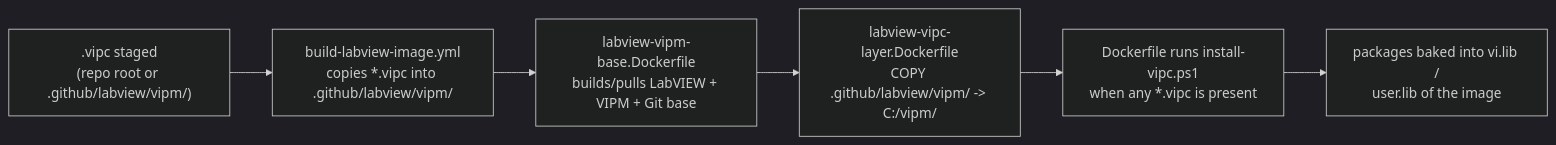
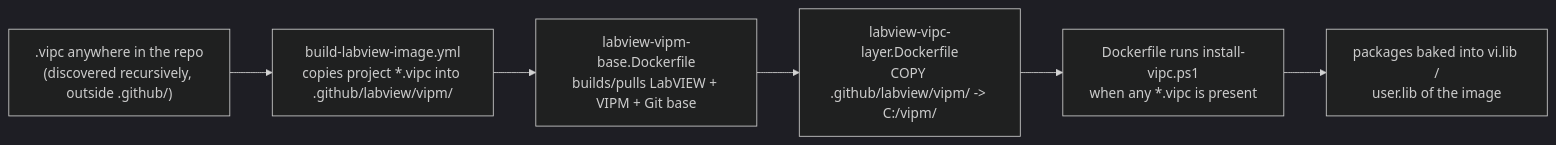
One commit to antsundq/LabVIEW-CI-with-Containers changed the diagram in .github/labview/vipm/README.md. Above: the diagram before and after it, drawn with Mermaid (dark theme). The commit also changed other lines of this file and 13 other files, not shown here.

````diff
--- a/.github/labview/vipm/README.md
+++ b/.github/labview/vipm/README.md
@@ -30,8 +30,8 @@
 ```mermaid
 flowchart LR
-  A[".vipc staged<br/>(repo root or .github/labview/vipm/)"] --> B["build-labview-image.yml<br/>copies *.vipc into .github/labview/vipm/"]
+  A[".vipc anywhere in the repo<br/>(discovered recursively, outside .github/)"] --> B["build-labview-image.yml<br/>copies project *.vipc into .github/labview/vipm/"]
   B --> C["labview-vipm-base.Dockerfile<br/>builds/pulls LabVIEW + VIPM + Git base"]
   C --> D["labview-vipc-layer.Dockerfile<br/>COPY .github/labview/vipm/ -> C:/vipm/"]
   D --> E["Dockerfile runs install-vipc.ps1<br/>when any *.vipc is present"]
   E --> F["packages baked into vi.lib /<br/>user.lib of the image"]
 ```
````
